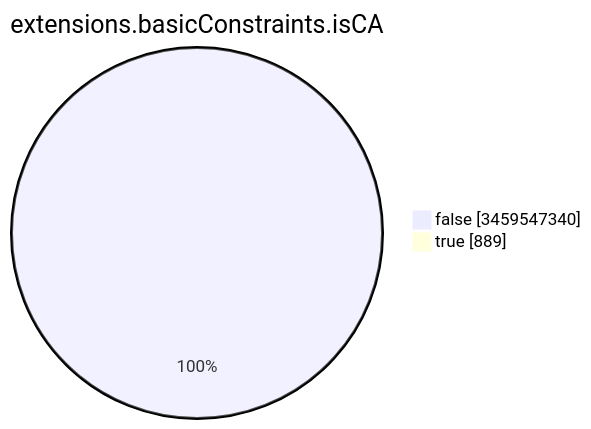
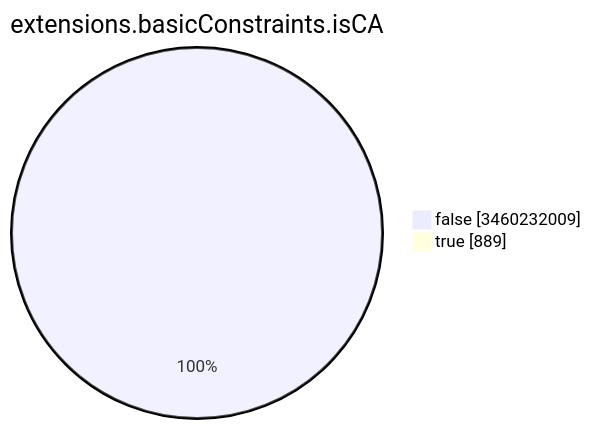
The seventh of 15 diagrams in TOTAL/README.md (christiankrug/ctmonitor_visualization), drawn with Mermaid before and after one commit. The commit also changed other lines of this file, not shown here.

````diff
--- a/TOTAL/README.md
+++ b/TOTAL/README.md
@@ -3093,6 +3093,6 @@
 ```mermaid
 pie showData
 title extensions.basicConstraints.isCA
-"false" :3459547340
+"false" :3460232009
 "true" :889
 ```
````
